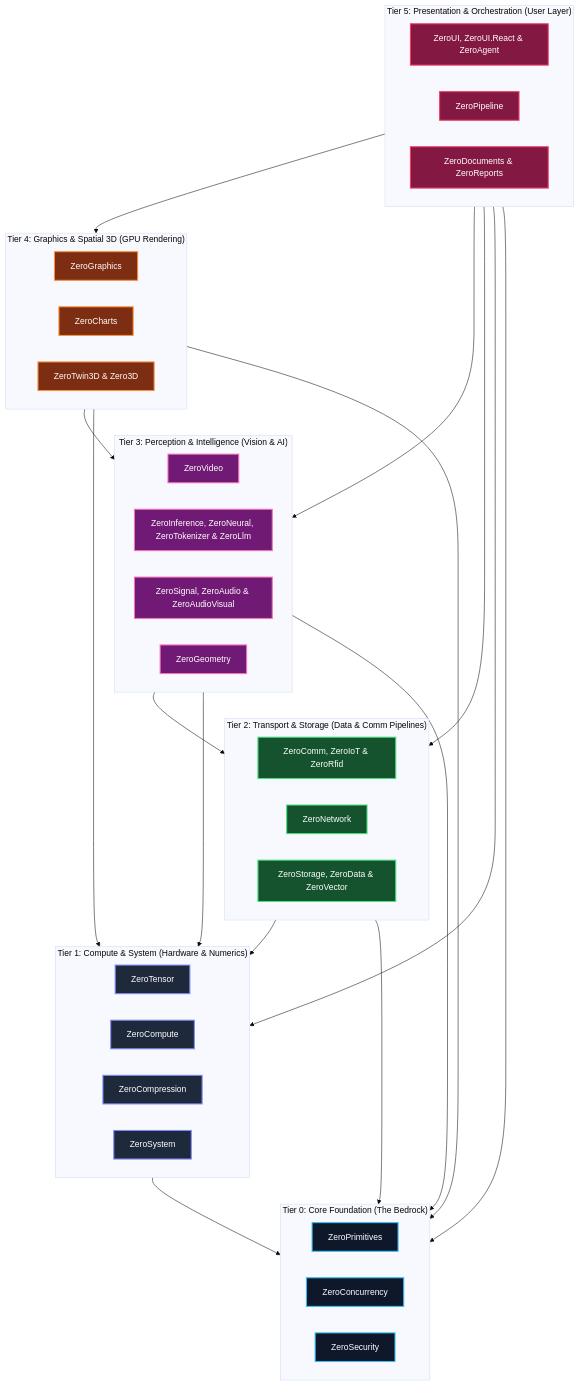
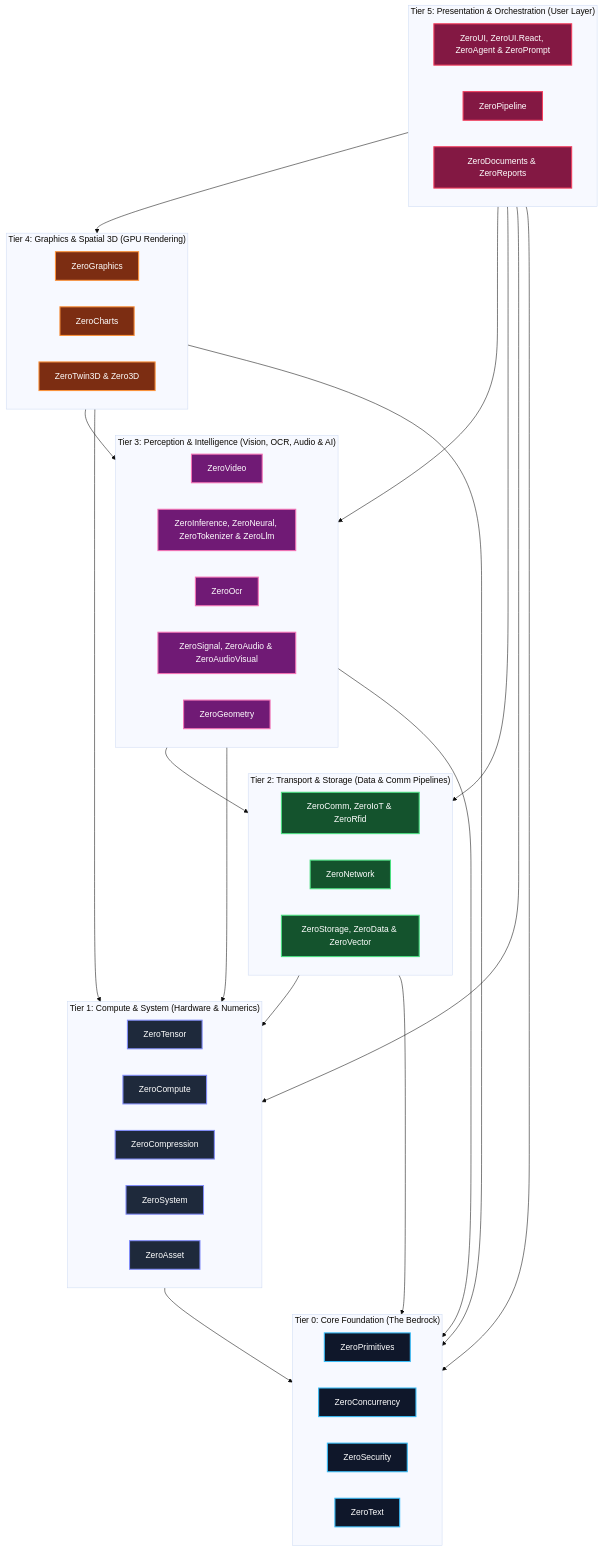
One commit to kzxl/ZeroPlatform changed the diagram in docs/architect/platform-architecture.md. Above: the diagram before and after it, drawn with Mermaid (base theme). The commit also changed other lines of this file and 5 other files, not shown here.

Commit message:
docs: synchronize 37-subsystem ecosystem architecture and cross-library synergy combinations

````diff
--- a/docs/architect/platform-architecture.md
+++ b/docs/architect/platform-architecture.md
@@ -13,53 +13,56 @@
 ```mermaid
 graph TD
     classDef l0 fill:#0f172a,stroke:#38bdf8,stroke-width:2px,color:#fff;
     classDef l1 fill:#1e293b,stroke:#818cf8,stroke-width:2px,color:#fff;
     classDef l2 fill:#14532d,stroke:#4ade80,stroke-width:2px,color:#fff;
     classDef l3 fill:#701a75,stroke:#f472b6,stroke-width:2px,color:#fff;
     classDef l4 fill:#7c2d12,stroke:#fb923c,stroke-width:2px,color:#fff;
     classDef l5 fill:#831843,stroke:#f43f5e,stroke-width:2px,color:#fff;
 
     subgraph L5 ["Tier 5: Presentation & Orchestration (User Layer)"]
-        UI["ZeroUI, ZeroUI.React & ZeroAgent"]:::l5
+        UI["ZeroUI, ZeroUI.React, ZeroAgent & ZeroPrompt"]:::l5
         Pipe["ZeroPipeline"]:::l5
         Docs["ZeroDocuments & ZeroReports"]:::l5
     end
 
     subgraph L4 ["Tier 4: Graphics & Spatial 3D (GPU Rendering)"]
         Gfx["ZeroGraphics"]:::l4
         Charts["ZeroCharts"]:::l4
         Twin["ZeroTwin3D & Zero3D"]:::l4
     end
 
-    subgraph L3 ["Tier 3: Perception & Intelligence (Vision & AI)"]
+    subgraph L3 ["Tier 3: Perception & Intelligence (Vision, OCR, Audio & AI)"]
         Video["ZeroVideo"]:::l3
         Infer["ZeroInference, ZeroNeural, ZeroTokenizer & ZeroLlm"]:::l3
+        Ocr["ZeroOcr"]:::l3
         Sig["ZeroSignal, ZeroAudio & ZeroAudioVisual"]:::l3
         Geom["ZeroGeometry"]:::l3
     end
 
     subgraph L2 ["Tier 2: Transport & Storage (Data & Comm Pipelines)"]
         Comm["ZeroComm, ZeroIoT & ZeroRfid"]:::l2
         Net["ZeroNetwork"]:::l2
         Store["ZeroStorage, ZeroData & ZeroVector"]:::l2
     end
 
     subgraph L1 ["Tier 1: Compute & System (Hardware & Numerics)"]
         Tensor["ZeroTensor"]:::l1
         Comp["ZeroCompute"]:::l1
         Compres["ZeroCompression"]:::l1
         Sys["ZeroSystem"]:::l1
+        Asset["ZeroAsset"]:::l1
     end
 
     subgraph L0 ["Tier 0: Core Foundation (The Bedrock)"]
         Prim["ZeroPrimitives"]:::l0
         Conc["ZeroConcurrency"]:::l0
         Sec["ZeroSecurity"]:::l0
+        Txt["ZeroText"]:::l0
     end
 
     L5 --> L4 & L3 & L2 & L1 & L0
     L4 --> L3 & L1 & L0
     L3 --> L2 & L1 & L0
     L2 --> L1 & L0
     L1 --> L0
 ```
````
